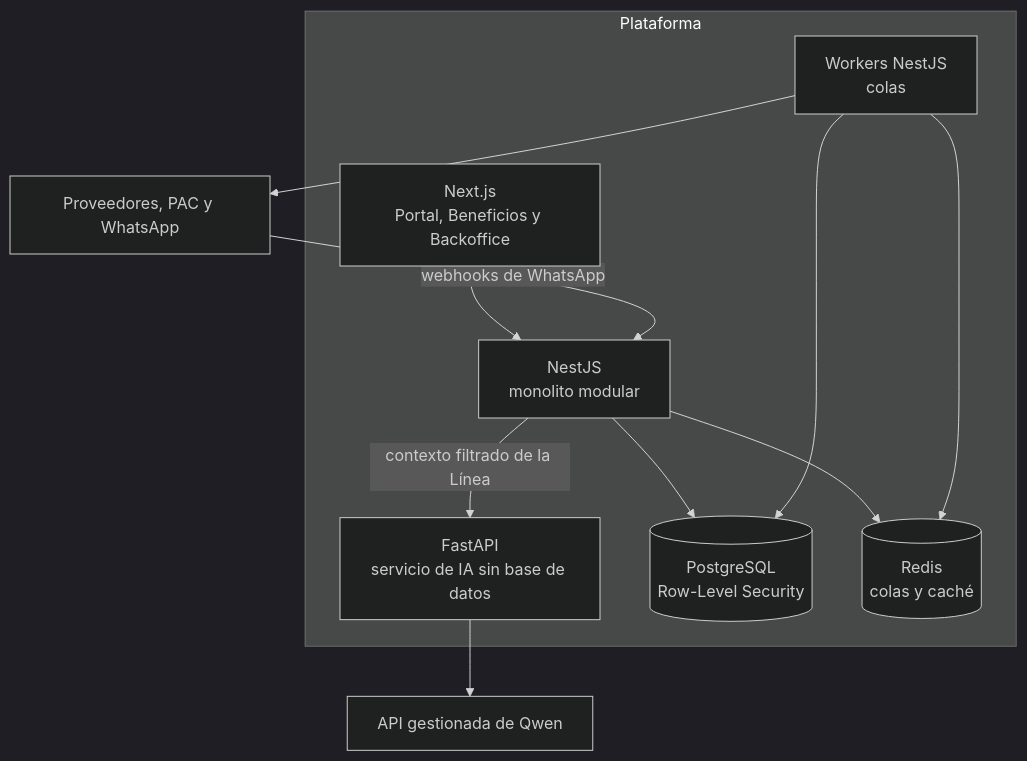
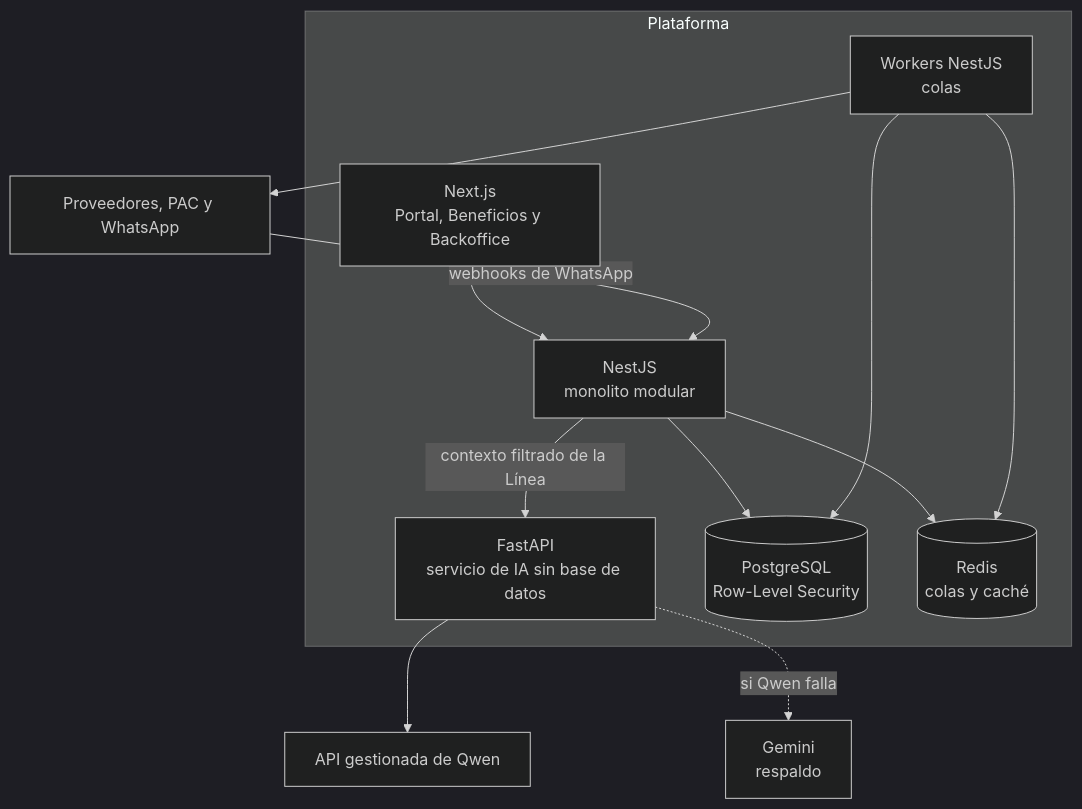
One commit to ImnotaChickenNuggie/gegetel changed the second of 8 diagrams in docs/arquitectura.md. Above: the diagram before and after it, drawn with Mermaid (dark theme). The commit also changed other lines of this file and 2 other files, not shown here.

````diff
--- a/docs/arquitectura.md
+++ b/docs/arquitectura.md
@@ -51,24 +53,26 @@
 ```mermaid
 flowchart TB
     subgraph Plataforma
         WEB["Next.js<br/>Portal, Beneficios y Backoffice"]
         API["NestJS<br/>monolito modular"]
         WRK["Workers NestJS<br/>colas"]
         IA["FastAPI<br/>servicio de IA sin base de datos"]
         PG[("PostgreSQL<br/>Row-Level Security")]
         RD[("Redis<br/>colas y caché")]
     end
 
     EXT["Proveedores, PAC y WhatsApp"]
     QW["API gestionada de Qwen"]
+    GEM["Gemini<br/>respaldo"]
 
     WEB --> API
     API --> PG
     API --> RD
     API -->|"contexto filtrado de la Línea"| IA
     WRK --> RD
     WRK --> PG
     WRK --> EXT
     EXT -->|"webhooks de WhatsApp"| API
     IA --> QW
+    IA -.->|"si Qwen falla"| GEM
 ```
````
